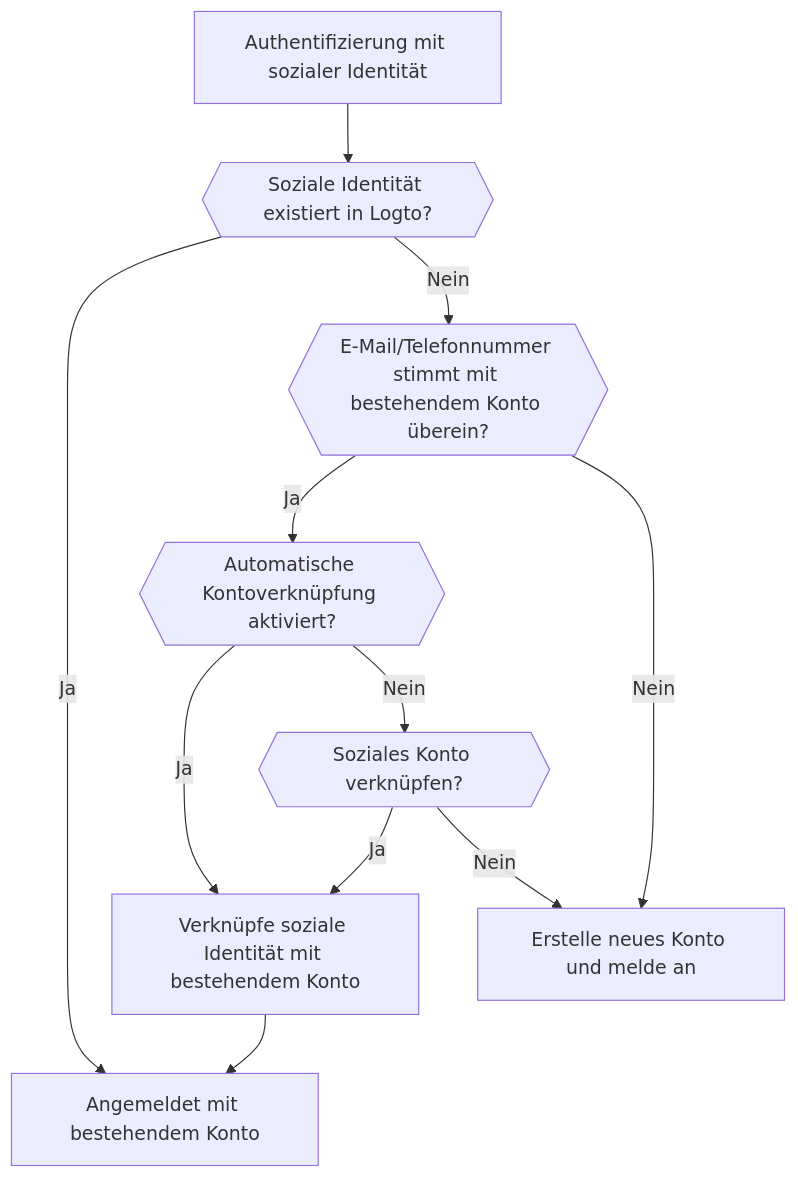
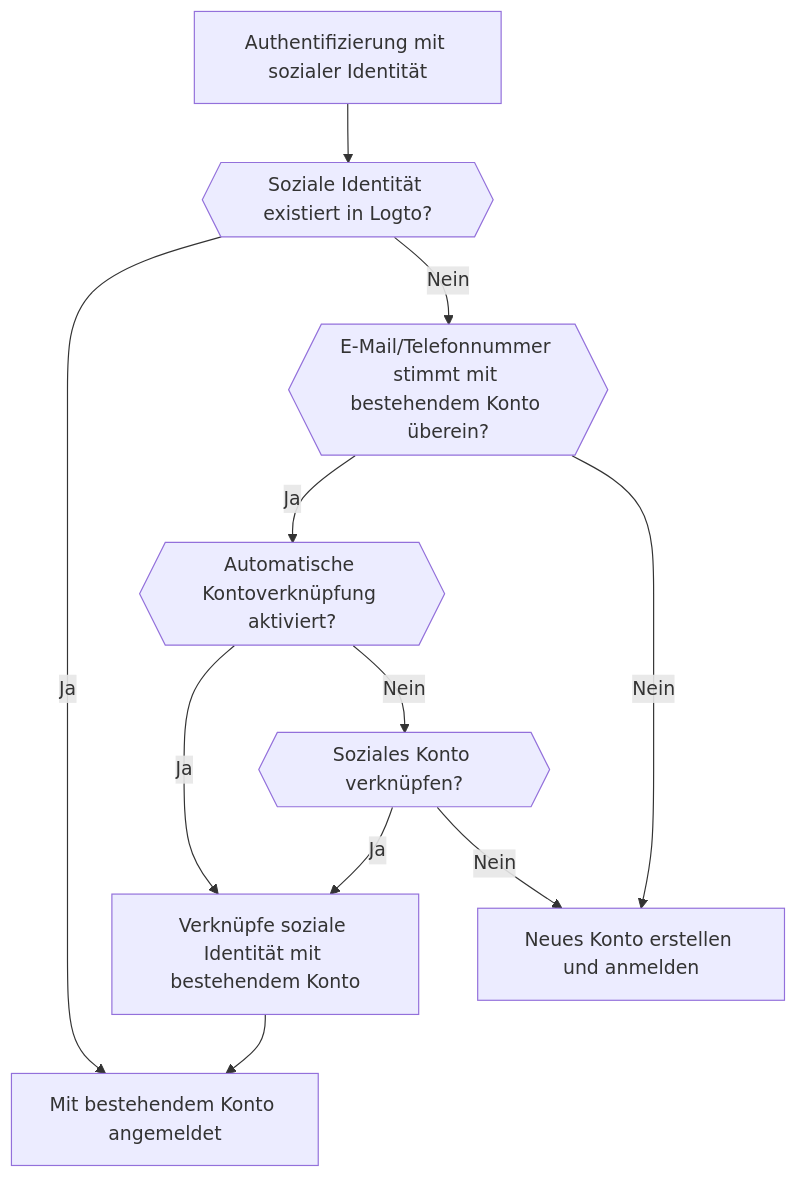
One commit to logto-io/docs changed the third of 5 diagrams in i18n/de/docusaurus-plugin-content-docs/current/end-user-flows/sign-up-and-sign-in/social-sign-in.mdx. Above: the diagram before and after it, drawn with Mermaid. The commit also changed other lines of this file and 234 other files, not shown here.

````diff
--- a/i18n/de/docusaurus-plugin-content-docs/current/end-user-flows/sign-up-and-sign-in/social-sign-in.mdx
+++ b/i18n/de/docusaurus-plugin-content-docs/current/end-user-flows/sign-up-and-sign-in/social-sign-in.mdx
@@ -102,13 +102,13 @@
     ```mermaid
     flowchart TD
     A[Authentifizierung mit sozialer Identität] --> B{{Soziale Identität existiert in Logto?}}
-    B -- Ja --> C[Angemeldet mit bestehendem Konto]
+    B -- Ja --> C[Mit bestehendem Konto angemeldet]
     B -- Nein --> D{{E-Mail/Telefonnummer stimmt mit bestehendem Konto überein?}}
     D -- Ja --> E{{Automatische Kontoverknüpfung aktiviert?}}
     E -- Ja --> G[Verknüpfe soziale Identität mit bestehendem Konto]
     G --> C
-    D -- Nein --> H[Erstelle neues Konto und melde an]
+    D -- Nein --> H[Neues Konto erstellen und anmelden]
     E -- Nein --> I{{Soziales Konto verknüpfen?}}
     I -- Ja --> G
     I -- Nein --> H
     ```
````
